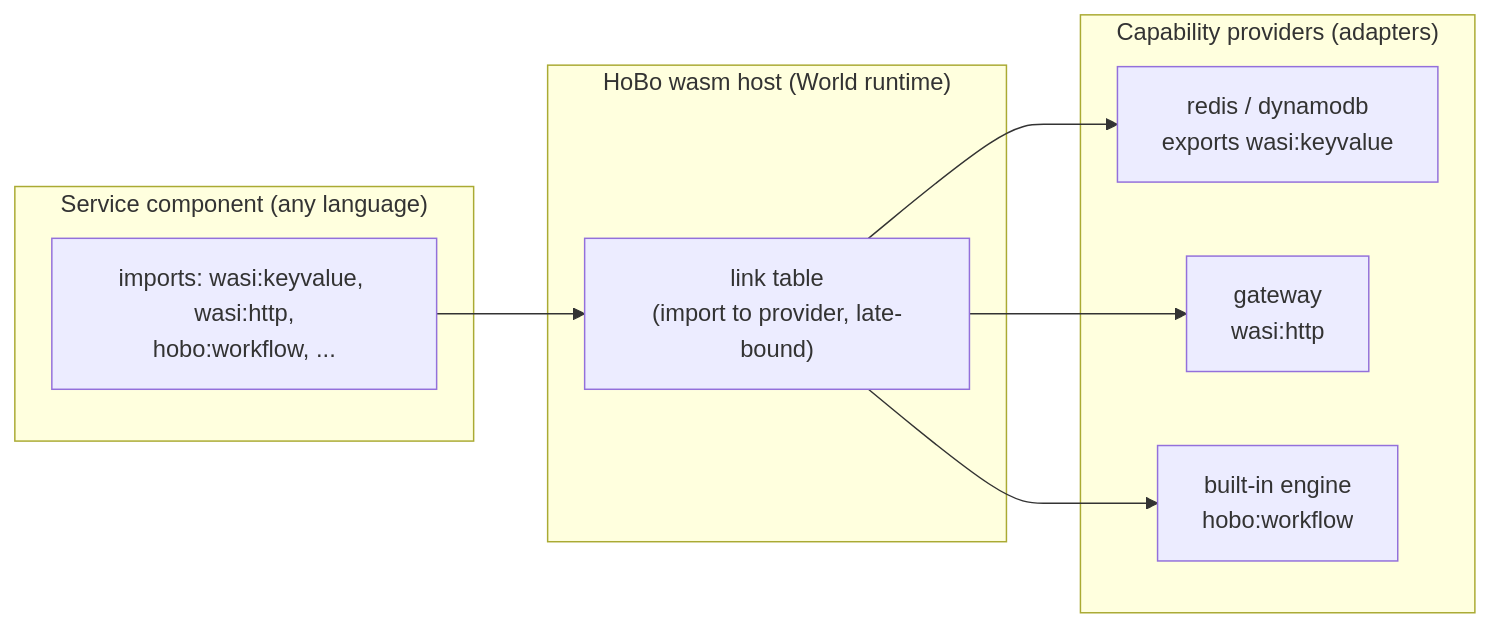
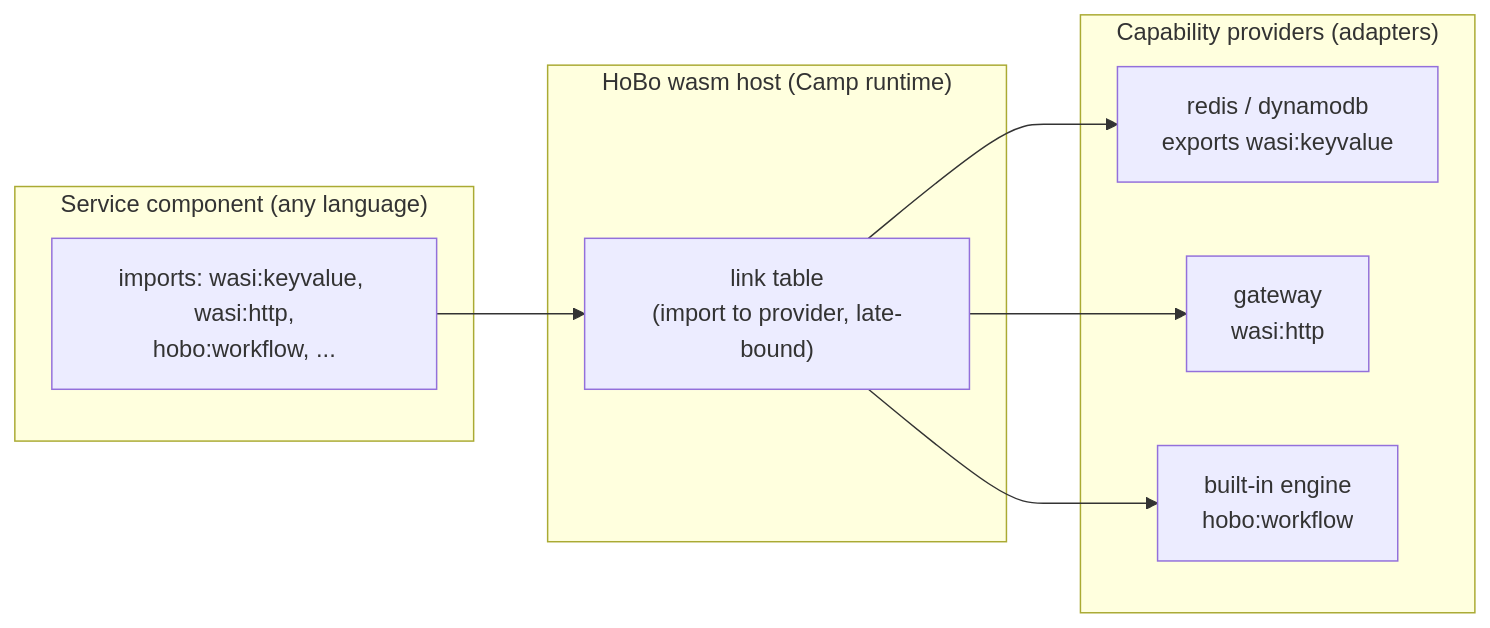
Before and after one commit to Tyler-R-Kendrick/HoBo: the diagram in docs/design/20-wasm-wasi-runtime.md, drawn with Mermaid. The commit also changed other lines of this file and 39 other files, not shown here.

````diff
--- a/docs/design/20-wasm-wasi-runtime.md
+++ b/docs/design/20-wasm-wasi-runtime.md
@@ -21,18 +21,18 @@
 ```mermaid
 flowchart LR
   subgraph C["Service component (any language)"]
     IMP["imports: wasi:keyvalue, wasi:http,<br/>hobo:workflow, ..."]
   end
-  subgraph H["HoBo wasm host (World runtime)"]
+  subgraph H["HoBo wasm host (Camp runtime)"]
     LNK["link table<br/>(import to provider, late-bound)"]
   end
   subgraph P["Capability providers (adapters)"]
     KV["redis / dynamodb<br/>exports wasi:keyvalue"]
     HTTP["gateway<br/>wasi:http"]
     WF["built-in engine<br/>hobo:workflow"]
   end
   IMP --> LNK
   LNK --> KV
   LNK --> HTTP
   LNK --> WF
 ```
````
